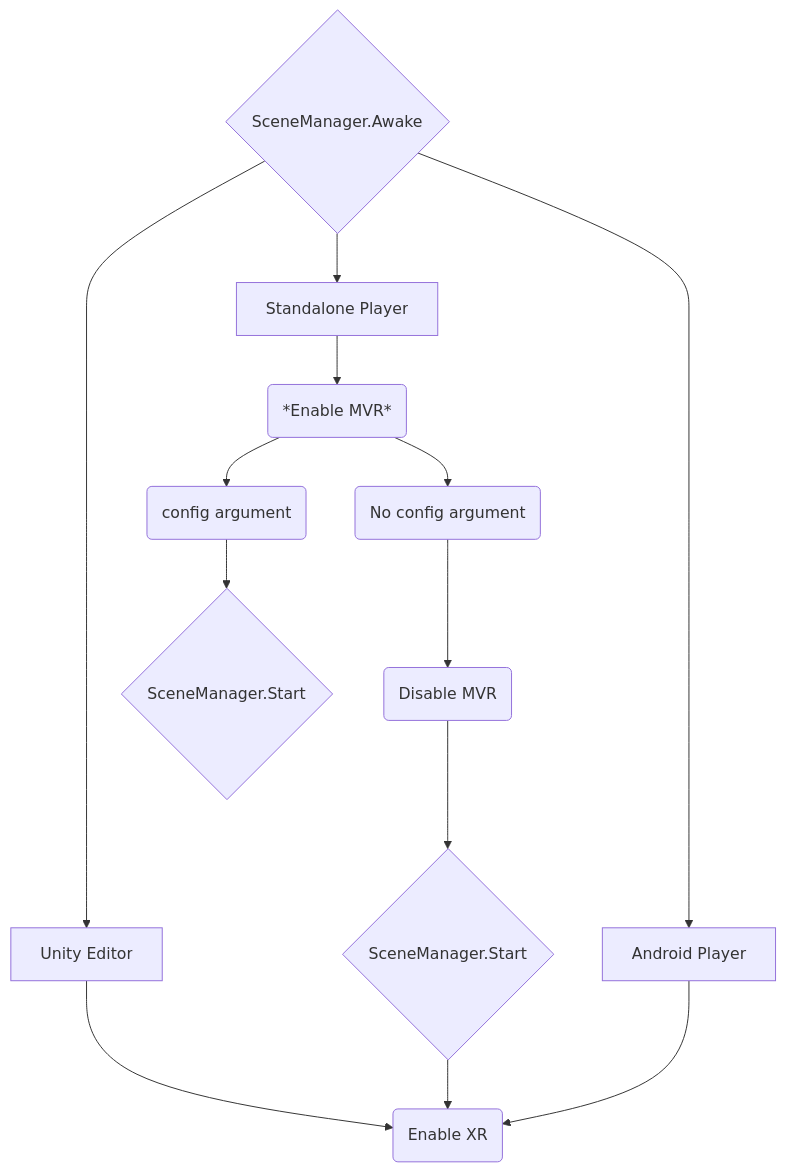
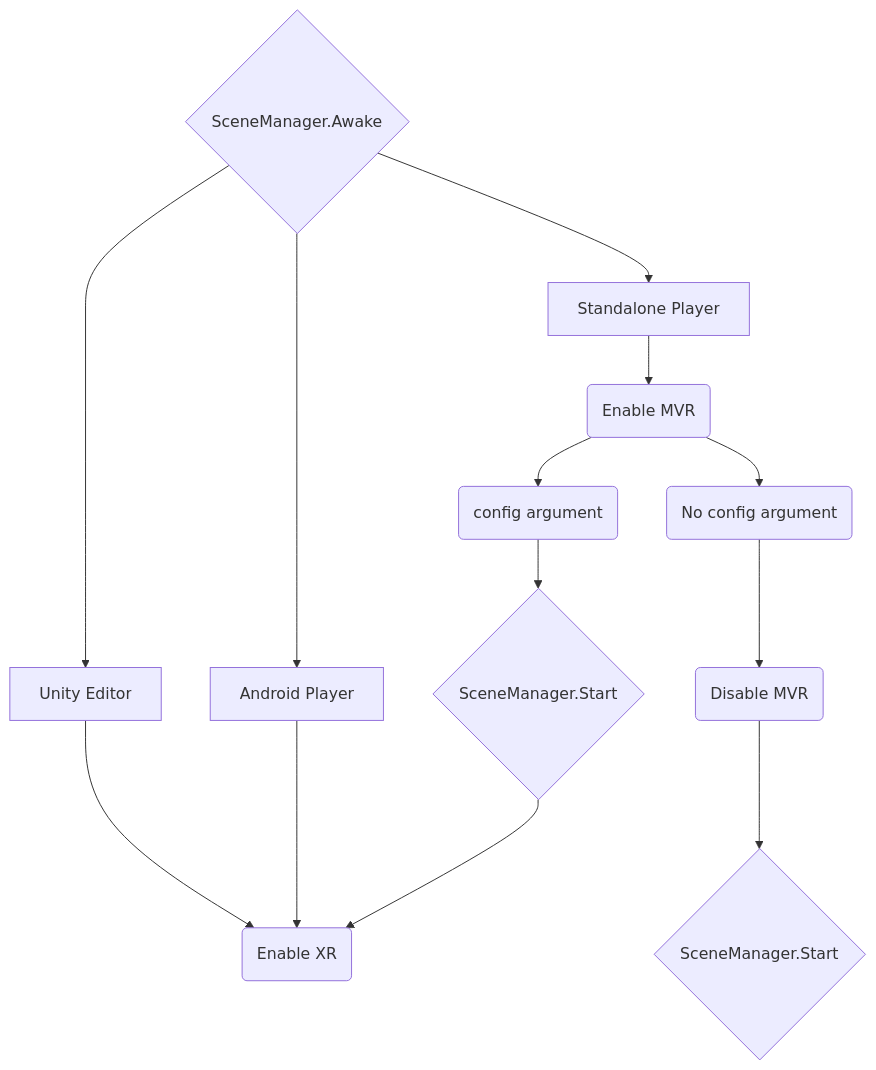
The diagram in docs/Writing3D.md (brown-ccv/w3d-translator), drawn with Mermaid before and after one commit. The commit also changed other lines of this file, not shown here.

````diff
--- a/docs/Writing3D.md
+++ b/docs/Writing3D.md
@@ -37,16 +39,16 @@
 ```mermaid
 graph TD;
     awake{SceneManager.Awake}-->unityEditor[Unity Editor]
     awake{SceneManager.Awake}-->standalonePlayer[Standalone Player]
     awake{SceneManager.Awake}-->androidPlayer[Android Player]
     unityEditor[Unity Editor]-->xr(Enable XR)
     androidPlayer[Android Player]-->xr(Enable XR)
 
-    standalonePlayer[Standalone Player]-->mvr(*Enable MVR*)
-    mvr(*Enable MVR*)-->config(config argument)
-    mvr(*Enable MVR*)-->noconfig(No config argument)
+    standalonePlayer[Standalone Player]-->mvr(Enable MVR)
+    mvr(Enable MVR)-->config(config argument)
+    mvr(Enable MVR)-->noconfig(No config argument)
     noconfig(No config argument)-->nomvr(Disable MVR)
-    config(config argument)-->start1{SceneManager.Start}
+    config(config argument)-->start{SceneManager.Start}
     nomvr(Disable MVR)-->start2{SceneManager.Start}
-    start2{SceneManager.Start}-->xr(Enable XR)
+    start{SceneManager.Start}-->xr(Enable XR)
 ```
````
